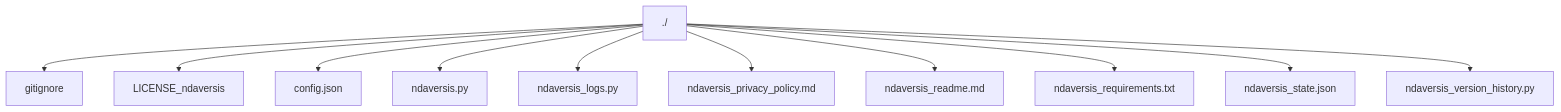
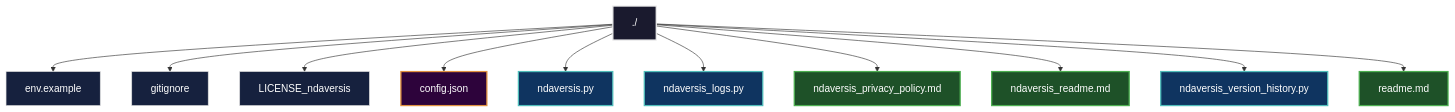
One commit to lystwork/ndaversis changed the fifth of 9 diagrams in readme.md. Above: the diagram before and after it, drawn with Mermaid. The commit also changed other lines of this file and 4 other files, not shown here.

````diff
--- a/readme.md
+++ b/readme.md
@@ -349,14 +443,34 @@
 ```mermaid
 graph TD
     Root[./]
+    Root --> node_env_example["env.example"]
     Root --> node_gitignore["gitignore"]
     Root --> node_LICENSE_ndaversis["LICENSE_ndaversis"]
     Root --> node_config_json["config.json"]
     Root --> node_ndaversis_py["ndaversis.py"]
     Root --> node_ndaversis_logs_py["ndaversis_logs.py"]
     Root --> node_ndaversis_privacy_policy_md["ndaversis_privacy_policy.md"]
     Root --> node_ndaversis_readme_md["ndaversis_readme.md"]
-    Root --> node_ndaversis_requirements_txt["ndaversis_requirements.txt"]
-    Root --> node_ndaversis_state_json["ndaversis_state.json"]
     Root --> node_ndaversis_version_history_py["ndaversis_version_history.py"]
+    Root --> node_readme_md["readme.md"]
+
+%% Dark mode styling
+classDef rootNode fill:#1a1a2e,stroke:#eee,stroke-width:2px,color:#fff
+classDef fileNode fill:#16213e,stroke:#ddd,stroke-width:1px,color:#fff
+classDef pythonFile fill:#0f3460,stroke:#4fbdba,stroke-width:2px,color:#fff
+classDef configFile fill:#2d033b,stroke:#e0913f,stroke-width:2px,color:#fff
+classDef docFile fill:#1e5128,stroke:#4caf50,stroke-width:2px,color:#fff
+
+%% Apply styles
+class Root rootNode
+class node_env_example fileNode
+class node_gitignore fileNode
+class node_LICENSE_ndaversis fileNode
+class node_config_json configFile
+class node_ndaversis_py pythonFile
+class node_ndaversis_logs_py pythonFile
+class node_ndaversis_privacy_policy_md docFile
+class node_ndaversis_readme_md docFile
+class node_ndaversis_version_history_py pythonFile
+class node_readme_md docFile
 ```
````
